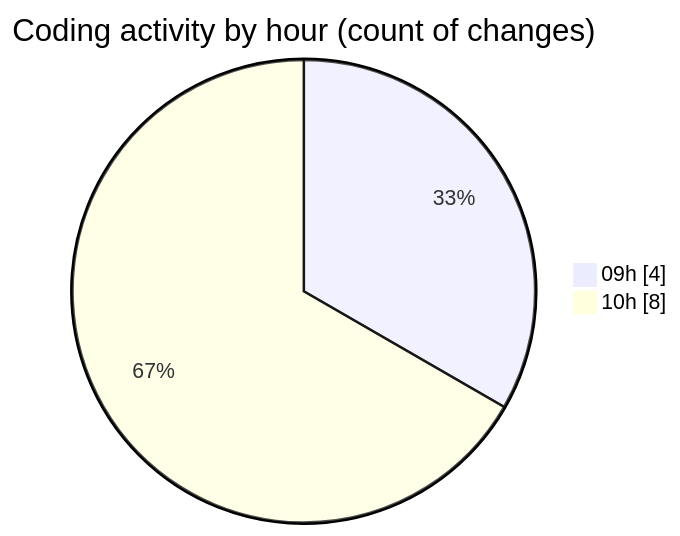
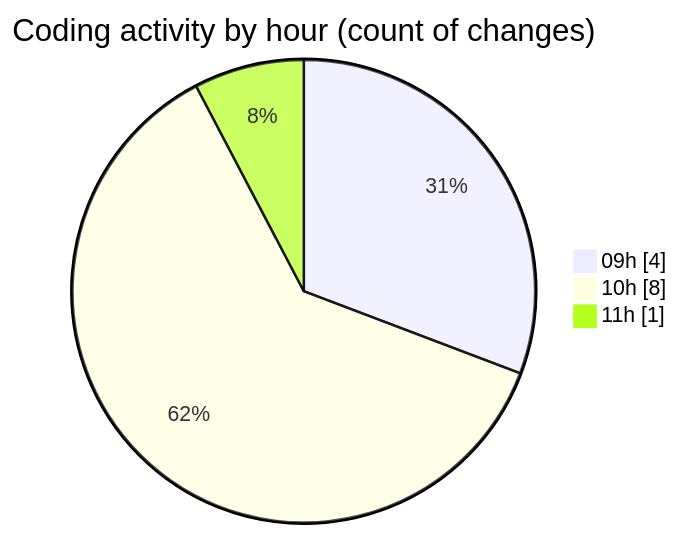
One commit to nxtqubesakshisongat/code-tracking changed the second of 2 diagrams in 2026-02-18/nxtqube_webapp/README.md. Above: the diagram before and after it, drawn with Mermaid. The commit also changed other lines of this file and 1 other file, not shown here.

````diff
--- a/2026-02-18/nxtqube_webapp/README.md
+++ b/2026-02-18/nxtqube_webapp/README.md
@@ -34,6 +34,7 @@
 ```mermaid
 pie showData
 title Coding activity by hour (count of changes)
 "09h" : 4
 "10h" : 8
+"11h" : 1
 ```
````
